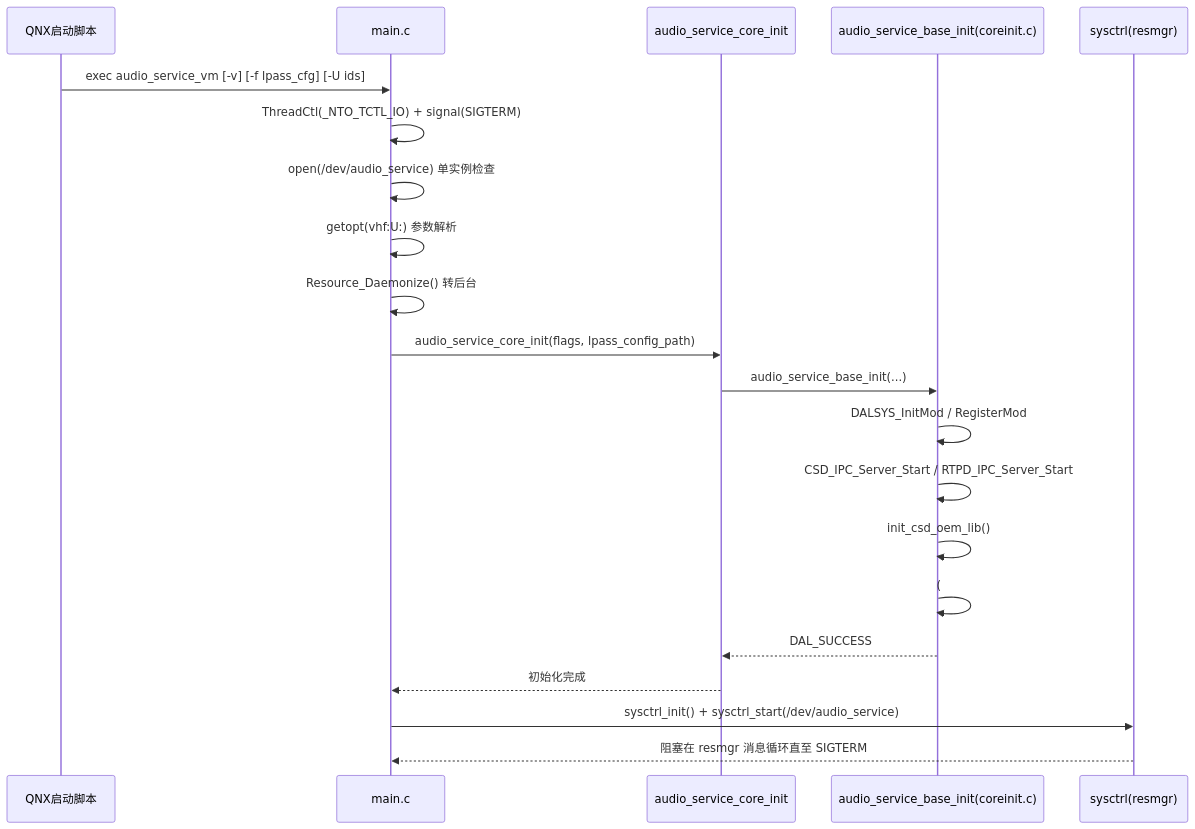
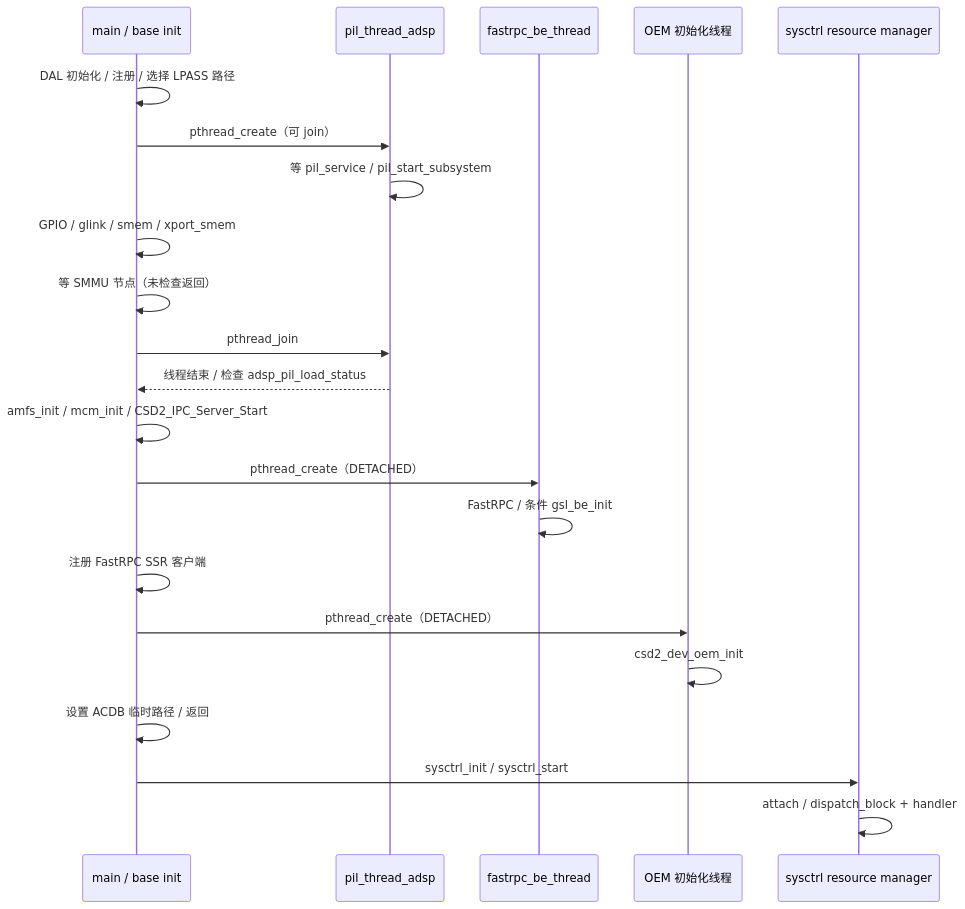
Before and after one commit to yanglinzhen1022/SA8295_AAOS_QNX_Audio_KnowledgeBase: the diagram in 16_Vendor_QNX_Architecture/16_16.17_QNX_audio_service_vm_VM音频服务.md, drawn with Mermaid. The commit also changed other lines of this file and 11 other files, not shown here.

Commit message:
docs: align QNX service and GPR transport lessons with AudioReach

````diff
--- a/16_Vendor_QNX_Architecture/16_16.17_QNX_audio_service_vm_VM音频服务.md
+++ b/16_Vendor_QNX_Architecture/16_16.17_QNX_audio_service_vm_VM音频服务.md
@@ -203,24 +38,24 @@
 ```mermaid
 sequenceDiagram
-    participant boot as QNX启动脚本
-    participant main as main.c
-    participant core as audio_service_core_init
-    participant base as audio_service_base_init(coreinit.c)
-    participant sysctrl as sysctrl(resmgr)
-
-    boot->>main: exec audio_service_vm [-v] [-f lpass_cfg] [-U ids]
-    main->>main: ThreadCtl(_NTO_TCTL_IO) + signal(SIGTERM)
-    main->>main: open(/dev/audio_service) 单实例检查
-    main->>main: getopt(vhf:U:) 参数解析
-    main->>main: Resource_Daemonize() 转后台
-    main->>core: audio_service_core_init(flags, lpass_config_path)
-    core->>base: audio_service_base_init(...)
-    base->>base: DALSYS_InitMod / RegisterMod
-    base->>base: CSD_IPC_Server_Start / RTPD_IPC_Server_Start
-    base->>base: init_csd_oem_lib()
-    base->>base: (#ifdef ENABLE_AUDIO_BACKEND) aprv2_vm_init/…/vapm_be_init
-    base-->>core: DAL_SUCCESS
-    core-->>main: 初始化完成
-    main->>sysctrl: sysctrl_init() + sysctrl_start(/dev/audio_service)
-    sysctrl-->>main: 阻塞在 resmgr 消息循环直至 SIGTERM
+    participant M as main / base init
+    participant P as pil_thread_adsp
+    participant F as fastrpc_be_thread
+    participant O as OEM 初始化线程
+    participant R as sysctrl resource manager
+    M->>M: DAL 初始化 / 注册 / 选择 LPASS 路径
+    M->>P: pthread_create（可 join）
+    P->>P: 等 pil_service / pil_start_subsystem
+    M->>M: GPIO / glink / smem / xport_smem
+    M->>M: 等 SMMU 节点（未检查返回）
+    M->>P: pthread_join
+    P-->>M: 线程结束 / 检查 adsp_pil_load_status
+    M->>M: amfs_init / mcm_init / CSD2_IPC_Server_Start
+    M->>F: pthread_create（DETACHED）
+    F->>F: FastRPC / 条件 gsl_be_init
+    M->>M: 注册 FastRPC SSR 客户端
+    M->>O: pthread_create（DETACHED）
+    O->>O: csd2_dev_oem_init
+    M->>M: 设置 ACDB 临时路径 / 返回
+    M->>R: sysctrl_init / sysctrl_start
+    R->>R: attach / dispatch_block + handler
 ```
````
